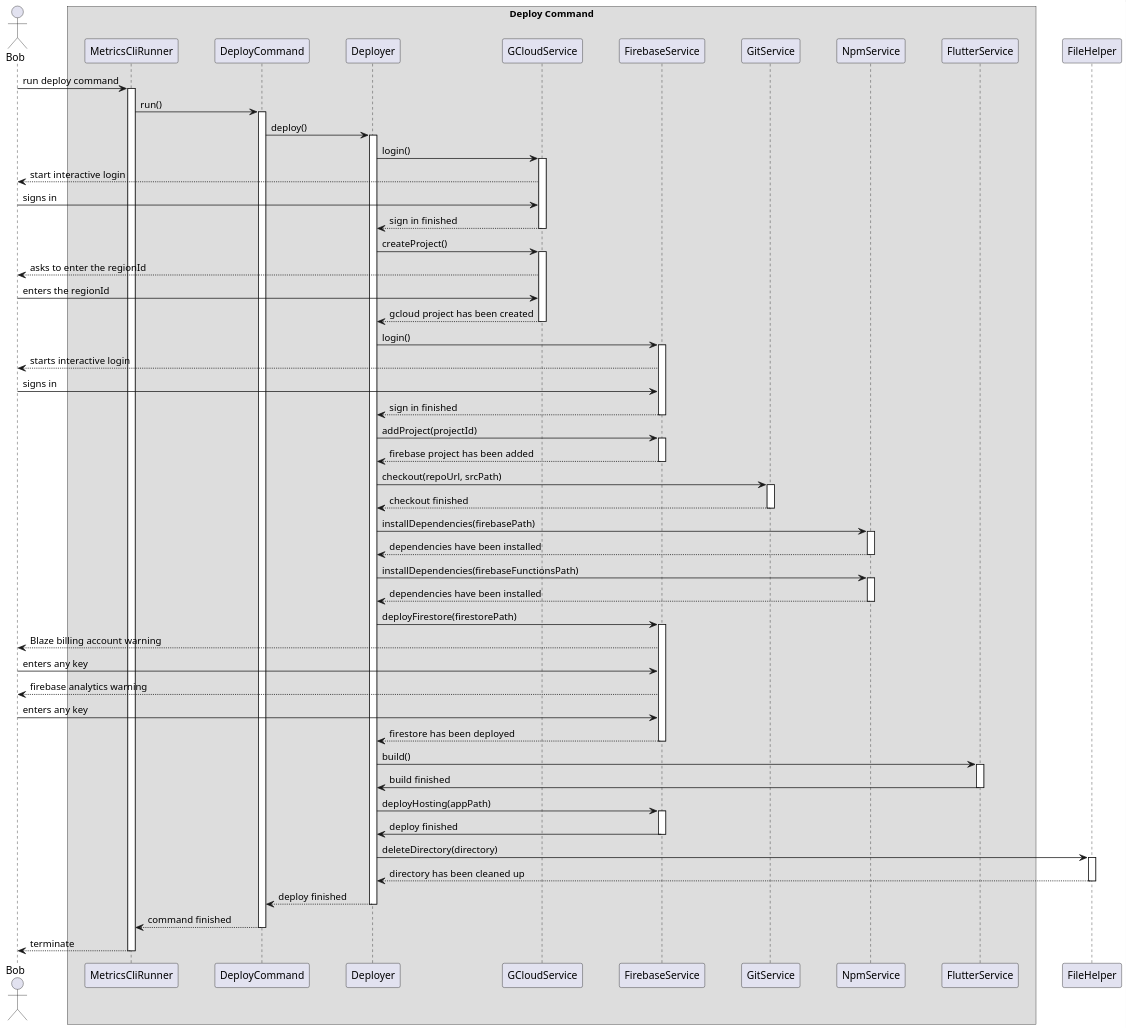
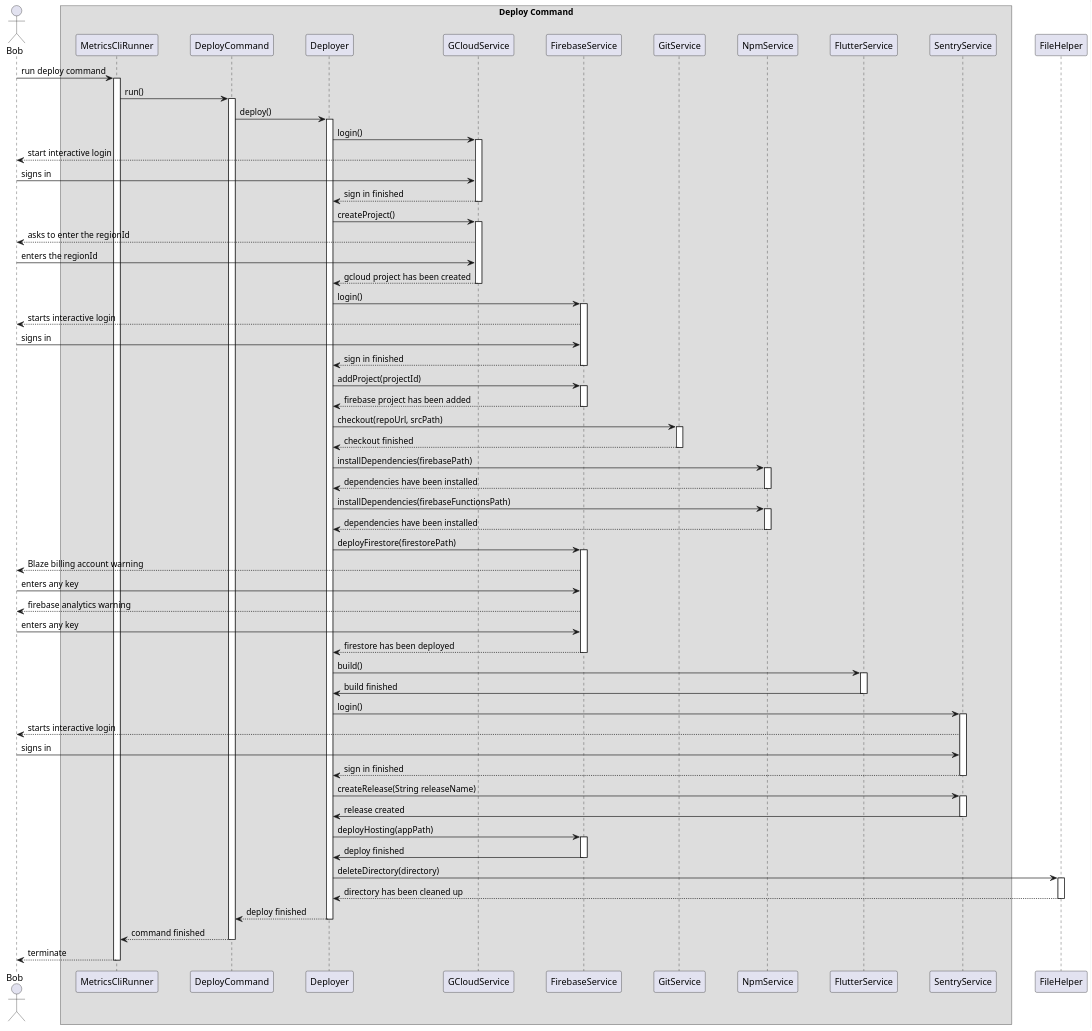
One commit to Flank/flank-dashboard changed the diagram in metrics/cli/docs/diagrams/deploy_command_sequence_diagram.puml. Above: the diagram before and after it, drawn with PlantUML. The commit also changed 5 other files, not shown here.

```diff
--- a/metrics/cli/docs/diagrams/deploy_command_sequence_diagram.puml
+++ b/metrics/cli/docs/diagrams/deploy_command_sequence_diagram.puml
@@ -1,89 +1,99 @@
 @startuml deploy_command_sequence_diagram
 
 scale 1900 height
 
 skinparam ParticipantPadding 20
 skinparam BoxPadding 10
 
 actor Bob
 
 box Deploy Command
 participant MetricsCliRunner
 participant DeployCommand
 participant Deployer
 participant GCloudService
 participant FirebaseService
 participant GitService
 participant NpmService
 participant FlutterService
+participant SentryService
 end box
 
 
 participant FileHelper
 
 Bob -> MetricsCliRunner ++ : run deploy command
 MetricsCliRunner -> DeployCommand ++ : run()
 DeployCommand -> Deployer ++ : deploy()
 Deployer -> GCloudService ++ : login()
 
 GCloudService --> Bob : start interactive login
 Bob -> GCloudService : signs in
 GCloudService --> Deployer : sign in finished
 GCloudService --
 
 Deployer -> GCloudService ++ : createProject()
 
 GCloudService --> Bob : asks to enter the regionId
 Bob -> GCloudService : enters the regionId
 
 GCloudService --> Deployer -- : gcloud project has been created
 
 Deployer -> FirebaseService ++ : login()
 FirebaseService --> Bob : starts interactive login
 Bob -> FirebaseService : signs in
 FirebaseService --> Deployer -- : sign in finished
 
 Deployer -> FirebaseService ++ : addProject(projectId)
 
 FirebaseService --> Deployer -- : firebase project has been added
 
 Deployer -> GitService ++ : checkout(repoUrl, srcPath)
 GitService --> Deployer : checkout finished
 GitService --
 
 
 Deployer -> NpmService ++ : installDependencies(firebasePath)
 NpmService --> Deployer : dependencies have been installed
 NpmService --
 
 Deployer -> NpmService ++ : installDependencies(firebaseFunctionsPath)
 NpmService --> Deployer : dependencies have been installed
 NpmService --
 
 Deployer -> FirebaseService ++ : deployFirestore(firestorePath)
 
 FirebaseService --> Bob : Blaze billing account warning
 Bob -> FirebaseService : enters any key
 
 FirebaseService --> Bob : firebase analytics warning
 Bob -> FirebaseService : enters any key
 
 FirebaseService --> Deployer -- : firestore has been deployed
 
 
 Deployer -> FlutterService ++ : build()
 FlutterService -> Deployer : build finished
 FlutterService --
 
+Deployer -> SentryService ++ : login()
+SentryService --> Bob : starts interactive login
+Bob -> SentryService : signs in
+SentryService --> Deployer -- : sign in finished
+
+Deployer -> SentryService ++ : createRelease(String releaseName)
+SentryService -> Deployer : release created
+SentryService --
+
 Deployer -> FirebaseService ++ : deployHosting(appPath)
 FirebaseService -> Deployer : deploy finished
 FirebaseService --
 
 Deployer -> FileHelper ++: deleteDirectory(directory)
 FileHelper --> Deployer --: directory has been cleaned up
 Deployer --> DeployCommand --: deploy finished
 DeployCommand --> MetricsCliRunner --: command finished
 MetricsCliRunner --> Bob -- : terminate
 MetricsCliRunner --
 
 @enduml
```
